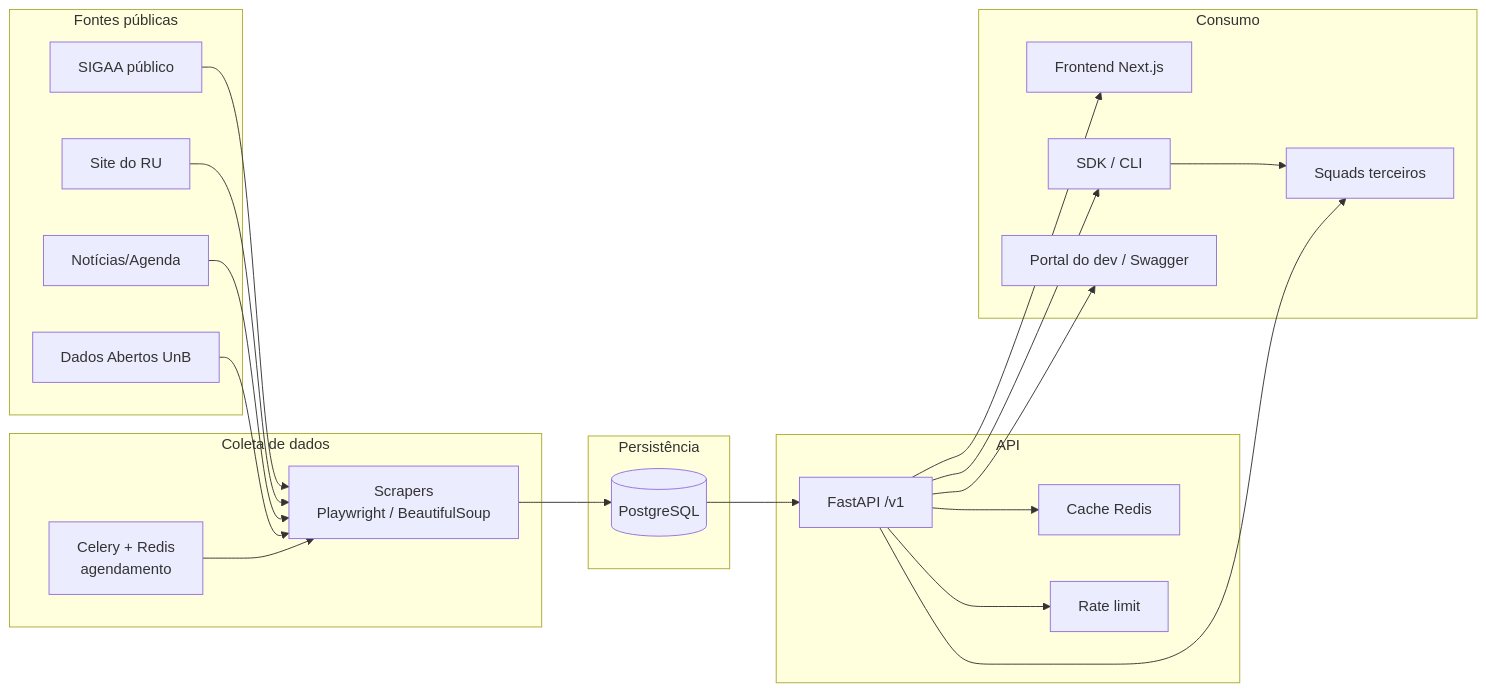
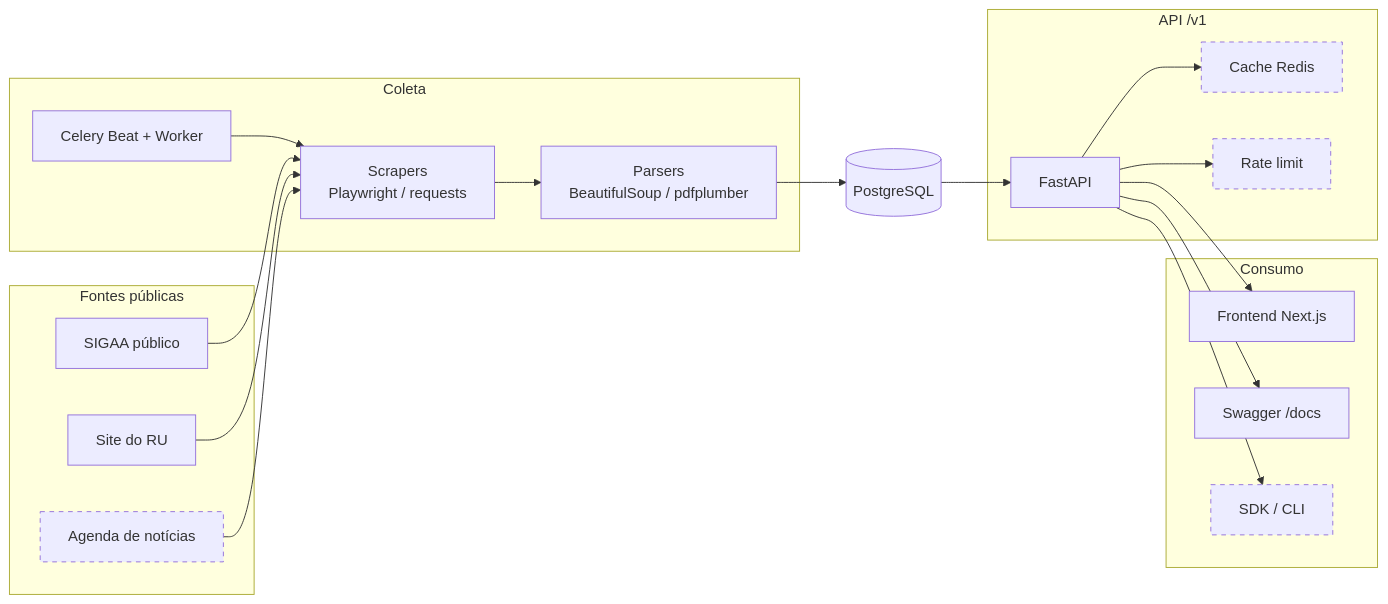
The first of 3 diagrams in docs/ARQUITETURA.md (unb-mds/2026-2-Cerradinho-API), drawn with Mermaid before and after one commit. The commit also changed other lines of this file and 39 other files, not shown here.

````diff
--- a/docs/ARQUITETURA.md
+++ b/docs/ARQUITETURA.md
@@ -7,49 +9,43 @@
 ```mermaid
 flowchart LR
     subgraph Fontes["Fontes públicas"]
         SIGAA[SIGAA público]
         RU[Site do RU]
-        NOT[Notícias/Agenda]
-        CKAN[Dados Abertos UnB]
+        NOT[Agenda de notícias]
     end
 
-    subgraph Coleta["Coleta de dados"]
-        SCRAPER[Scrapers<br/>Playwright / BeautifulSoup]
-        CELERY[Celery + Redis<br/>agendamento]
+    subgraph Coleta["Coleta"]
+        CELERY[Celery Beat + Worker]
+        SCRAPER[Scrapers<br/>Playwright / requests]
+        PARSER[Parsers<br/>BeautifulSoup / pdfplumber]
     end
 
-    subgraph Persistencia["Persistência"]
-        DB[(PostgreSQL)]
-    end
+    DB[(PostgreSQL)]
 
-    subgraph API["API"]
-        FASTAPI[FastAPI /v1]
+    subgraph API["API /v1"]
+        FASTAPI[FastAPI]
         CACHE[Cache Redis]
         RATE[Rate limit]
     end
 
     subgraph Consumo["Consumo"]
         FRONT[Frontend Next.js]
+        SWAGGER[Swagger /docs]
         SDK[SDK / CLI]
-        SWAGGER[Portal do dev / Swagger]
-        TERC[Squads terceiros]
     end
 
+    CELERY --> SCRAPER
     SIGAA --> SCRAPER
     RU --> SCRAPER
     NOT --> SCRAPER
-    CKAN --> SCRAPER
-
-    CELERY --> SCRAPER
-    SCRAPER --> DB
-
+    SCRAPER --> PARSER --> DB
     DB --> FASTAPI
     FASTAPI --> CACHE
     FASTAPI --> RATE
+    FASTAPI --> FRONT
+    FASTAPI --> SWAGGER
+    FASTAPI --> SDK
 
-    FASTAPI --> FRONT
-    FASTAPI --> SDK
-    FASTAPI --> SWAGGER
-    SDK --> TERC
-    FASTAPI --> TERC
+    classDef planejado stroke-dasharray: 5 5
+    class NOT,CACHE,RATE,SDK planejado
 ```
````
